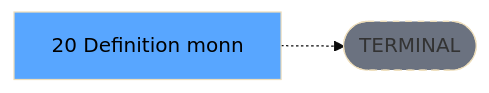
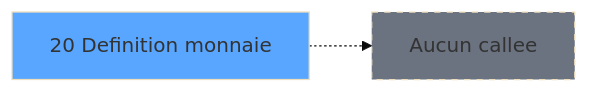
The third of 3 diagrams in .openspec/specs/ADH-IDE-20.md (thonyAGP/lecteur-magic), drawn with Mermaid (base theme) before and after one commit. The commit also changed other lines of this file and 96 other files, not shown here.

````diff
--- a/.openspec/specs/ADH-IDE-20.md
+++ b/.openspec/specs/ADH-IDE-20.md
@@ -134,8 +139,8 @@
 ```mermaid
 graph LR
-    T[20 Definition monn]
-    TERM([TERMINAL])
-    T -.-> TERM
-    style TERM fill:#6b7280,stroke-dasharray: 5 5
-    style T fill:#58a6ff,color:#000
+    T20[20 Definition monnaie]
+    style T20 fill:#58a6ff
+    NONE[Aucun callee]
+    T20 -.-> NONE
+    style NONE fill:#6b7280,stroke-dasharray: 5 5
 ```
````
